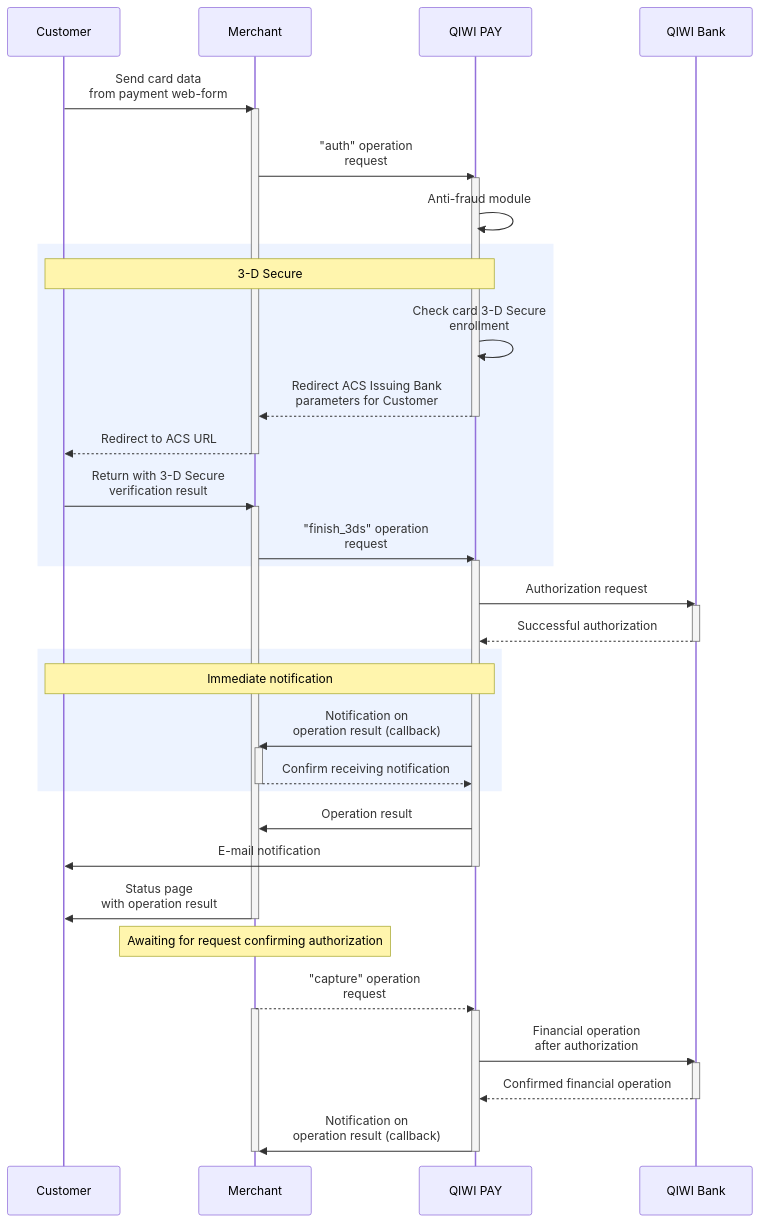
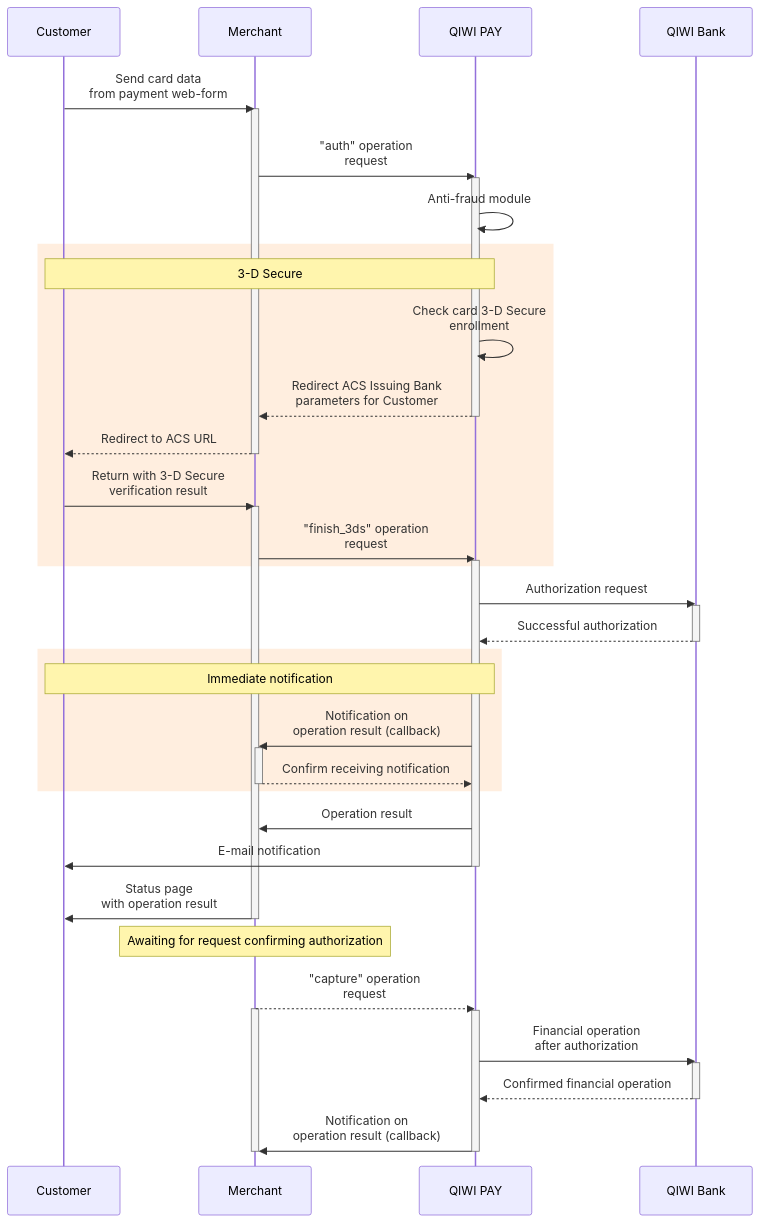
The fourth of 4 diagrams in qiwipay_en.html.md (QIWI-API/qiwipay-docs), drawn with Mermaid before and after one commit. The commit also changed other lines of this file and 1 other file, not shown here.

```diff
--- a/qiwipay_en.html.md
+++ b/qiwipay_en.html.md
@@ -322,51 +322,51 @@
 <div class="mermaid">
 sequenceDiagram
 participant Customer
 participant Merchant
 participant QiwiPay as  QIWI PAY
 participant QiwiBank as QIWI Bank
 Customer->>Merchant:Send card data<br>from payment web-form
 activate Merchant
 Merchant->>QiwiPay:<br>"auth" operation<br>request
 activate QiwiPay
 QiwiPay->>QiwiPay:Anti-fraud module
-rect rgb(237, 243, 255)
+rect rgb(255, 238, 223)
 Note over Customer, QiwiPay: 3-D Secure
 QiwiPay->>QiwiPay:Check card 3-D Secure<br>enrollment
 QiwiPay-->>Merchant:Redirect ACS Issuing Bank<br>parameters for Customer
 deactivate QiwiPay
 Merchant-->>Customer:Redirect to ACS URL
 deactivate Merchant
 Customer->>Merchant:Return with 3-D Secure<br>verification result
 activate Merchant
 Merchant->>QiwiPay:"finish_3ds" operation<br>request
 activate QiwiPay
 end
 QiwiPay->>QiwiBank: Authorization request
 activate QiwiBank
 QiwiBank-->>QiwiPay: Successful authorization
 deactivate QiwiBank
-rect rgb(237, 243, 255)
+rect rgb(255, 238, 223)
 Note over Customer, QiwiPay: Immediate notification
 QiwiPay->>Merchant:Notification on<br>operation result (callback)
 activate Merchant
 Merchant-->>QiwiPay:Confirm receiving notification
 deactivate Merchant
 end
 QiwiPay->>Merchant:Operation result
 QiwiPay->>Customer:E-mail notification
 deactivate QiwiPay
 Merchant->>Customer:Status page<br>with operation result
 deactivate Merchant
 Note over Merchant: Awaiting for request confirming authorization
 Merchant-->>QiwiPay:"capture" operation<br>request
 activate Merchant
 activate QiwiPay
 QiwiPay->>QiwiBank:Financial operation<br>after authorization
 activate QiwiBank
 QiwiBank-->>QiwiPay:Confirmed financial operation
 deactivate QiwiBank
 QiwiPay->>Merchant:Notification on<br>operation result (callback)
 deactivate QiwiPay
 deactivate Merchant
 </div>
```
